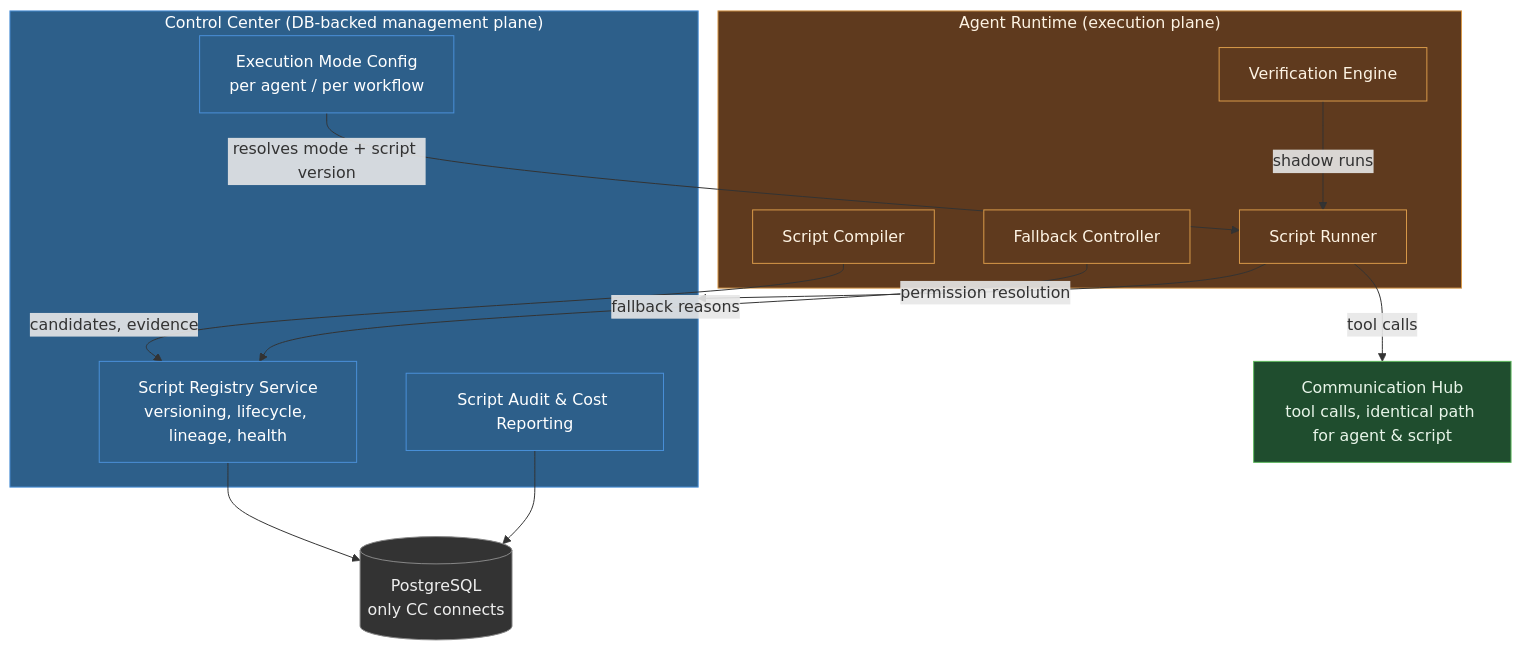
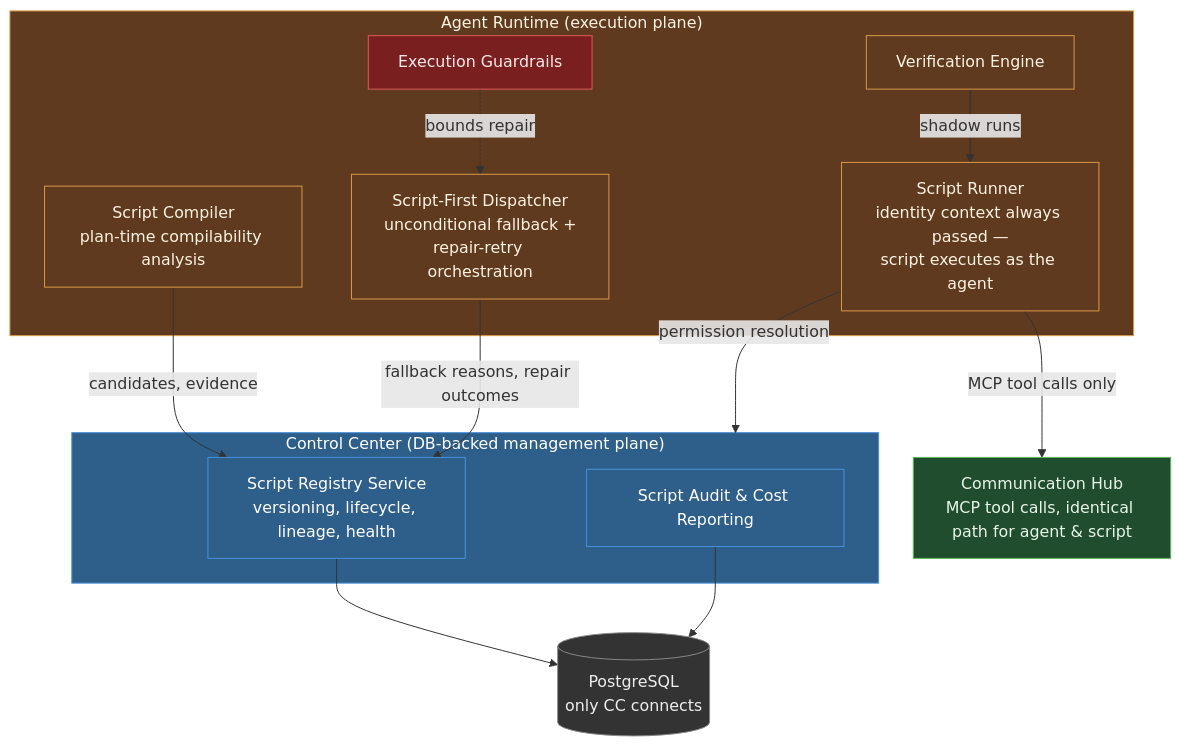
Before and after one commit to hurungang/parthenon: the third of 3 diagrams in docs/changes/software-3.0-agent-framework/architecture.md, drawn with Mermaid. The commit also changed other lines of this file and 205 other files, not shown here.

````diff
--- a/docs/changes/software-3.0-agent-framework/architecture.md
+++ b/docs/changes/software-3.0-agent-framework/architecture.md
@@ -185,36 +213,38 @@
 ```mermaid
 flowchart TB
     subgraph CC["Control Center (DB-backed management plane)"]
         REGR[Script Registry Service<br/>versioning, lifecycle, lineage, health]
-        MODE[Execution Mode Config<br/>per agent / per workflow]
         AUDIT[Script Audit & Cost Reporting]
     end
     DB[(PostgreSQL<br/>only CC connects)]
 
     subgraph AR["Agent Runtime (execution plane)"]
-        SCOMP[Script Compiler]
+        SCOMP[Script Compiler<br/>plan-time compilability analysis]
         VERE[Verification Engine]
-        SRUN[Script Runner]
-        FBCTL[Fallback Controller]
+        SRUN[Script Runner<br/>identity context always passed —<br/>script executes as the agent]
+        DISP[Script-First Dispatcher<br/>unconditional fallback +<br/>repair-retry orchestration]
+        GUARD[Execution Guardrails]
     end
 
-    CH["Communication Hub<br/>tool calls, identical path for agent & script"]
+    CH["Communication Hub<br/>MCP tool calls, identical path for agent & script"]
 
     REGR --> DB
     SCOMP -->|candidates, evidence| REGR
     VERE -->|shadow runs| SRUN
-    SRUN -->|tool calls| CH
+    SRUN -->|MCP tool calls only| CH
     SRUN -->|permission resolution| CC
-    FBCTL -->|fallback reasons| REGR
-    MODE -->|resolves mode + script version| SRUN
+    DISP -->|fallback reasons, repair outcomes| REGR
+    GUARD -.->|bounds repair| DISP
     AUDIT --> DB
 
     classDef cc fill:#2d5f8a,stroke:#4a90d9,color:#ffffff
     classDef ar fill:#5f3a1e,stroke:#d99a4a,color:#fdf3e3
+    classDef guard fill:#7a1f1f,stroke:#e05a5a,color:#ffeaea
     classDef broker fill:#1f4d2e,stroke:#5cb85c,color:#e8f5e9
     classDef data fill:#333333,stroke:#888888,color:#eeeeee
-    class CC,REGR,MODE,AUDIT cc
-    class SCOMP,VERE,SRUN,FBCTL,AR ar
+    class CC,REGR,AUDIT cc
+    class SCOMP,VERE,SRUN,DISP,AR ar
+    class GUARD guard
     class CH broker
     class DB data
 ```
````
